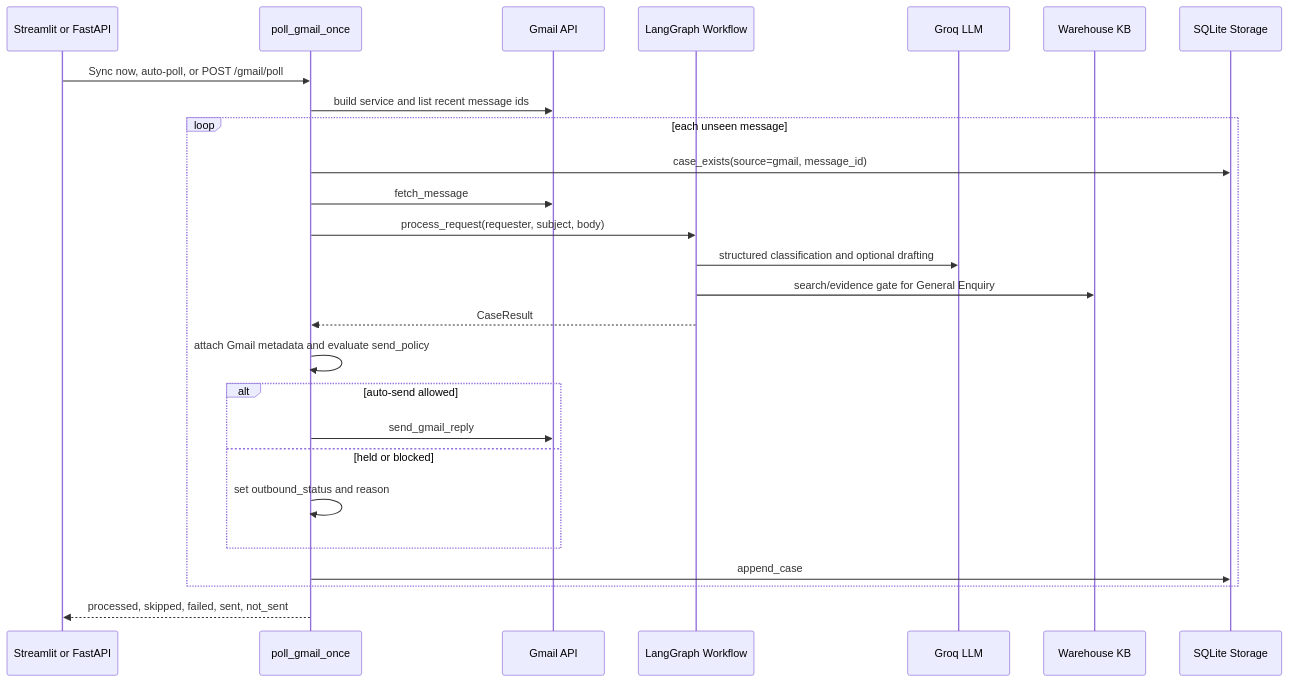
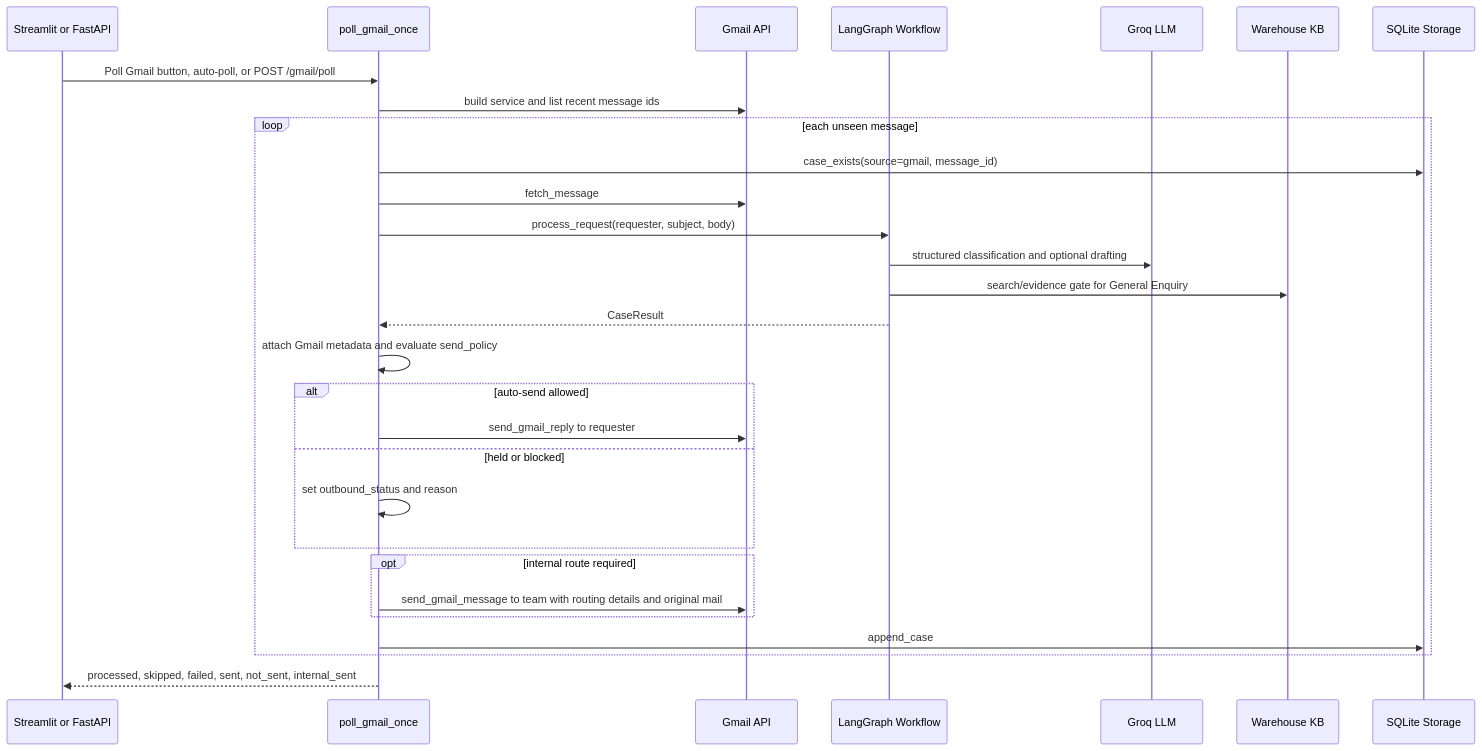
One commit to its-me-navee/Inbox-AI changed the third of 4 diagrams in arch.md. Above: the diagram before and after it, drawn with Mermaid. The commit also changed other lines of this file and 14 other files, not shown here.

````diff
--- a/arch.md
+++ b/arch.md
@@ -230,29 +231,32 @@
 ```mermaid
 sequenceDiagram
     participant UI as Streamlit or FastAPI
     participant Poller as poll_gmail_once
     participant Gmail as Gmail API
     participant Graph as LangGraph Workflow
     participant LLM as Groq LLM
     participant KB as Warehouse KB
     participant Store as SQLite Storage
 
-    UI->>Poller: Sync now, auto-poll, or POST /gmail/poll
+    UI->>Poller: Poll Gmail button, auto-poll, or POST /gmail/poll
     Poller->>Gmail: build service and list recent message ids
     loop each unseen message
         Poller->>Store: case_exists(source=gmail, message_id)
         Poller->>Gmail: fetch_message
         Poller->>Graph: process_request(requester, subject, body)
         Graph->>LLM: structured classification and optional drafting
         Graph->>KB: search/evidence gate for General Enquiry
         Graph-->>Poller: CaseResult
         Poller->>Poller: attach Gmail metadata and evaluate send_policy
         alt auto-send allowed
-            Poller->>Gmail: send_gmail_reply
+            Poller->>Gmail: send_gmail_reply to requester
         else held or blocked
             Poller->>Poller: set outbound_status and reason
         end
+        opt internal route required
+            Poller->>Gmail: send_gmail_message to team with routing details and original mail
+        end
         Poller->>Store: append_case
     end
-    Poller-->>UI: processed, skipped, failed, sent, not_sent
+    Poller-->>UI: processed, skipped, failed, sent, not_sent, internal_sent
 ```
````
